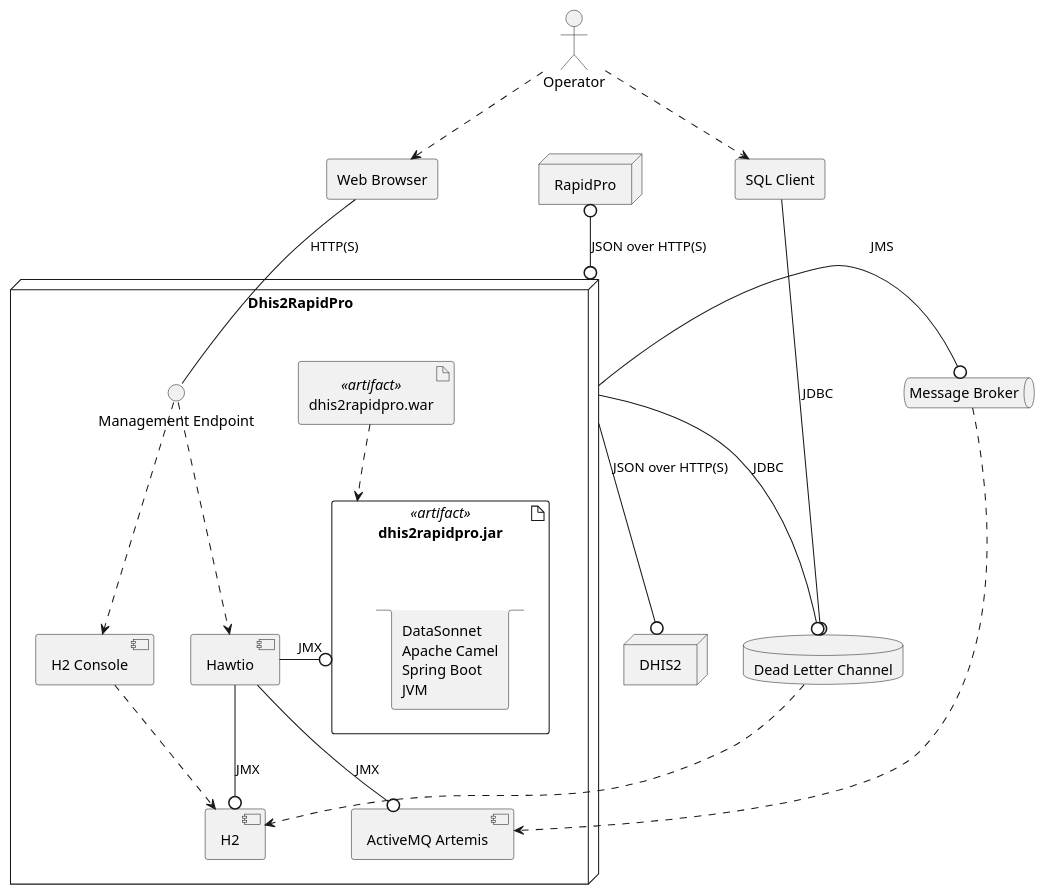
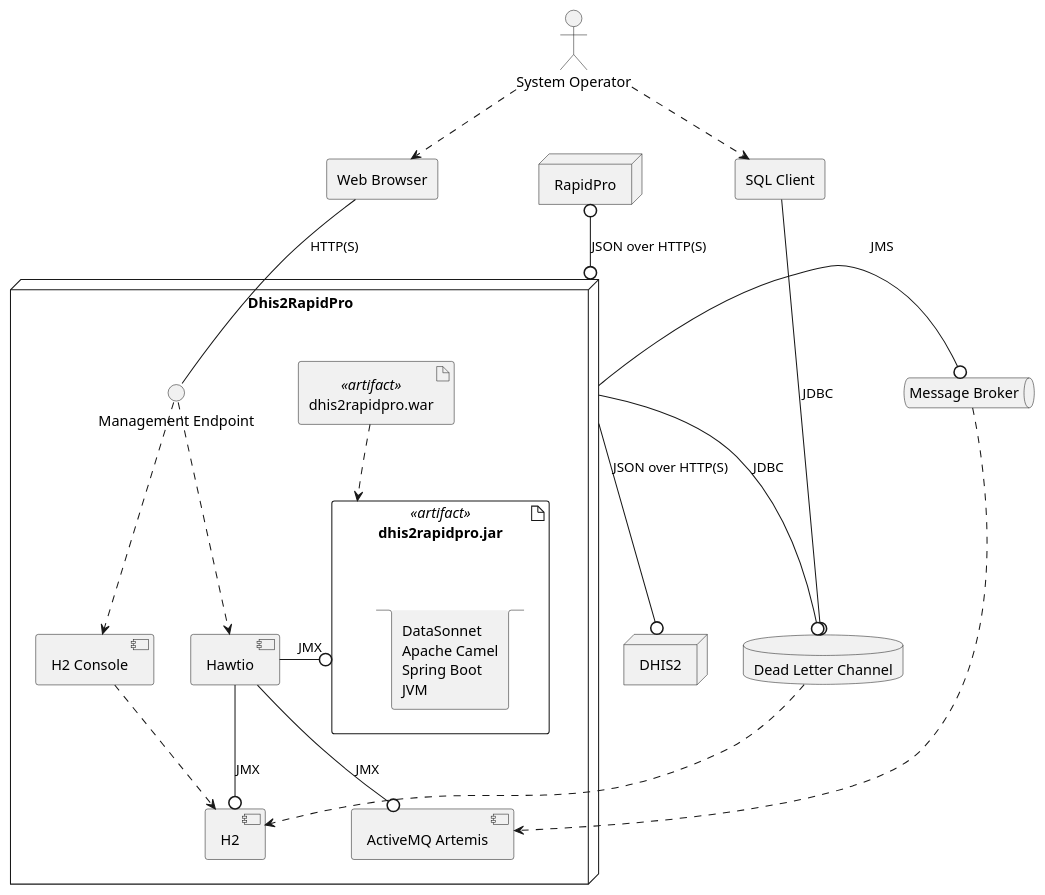
One commit to dhis2/integration-dhis-rapidpro changed the diagram in design/plantuml/deploy.puml. Above: the diagram before and after it, drawn with PlantUML.

Commit message:
docs: minor edit

```diff
--- a/design/plantuml/deploy.puml
+++ b/design/plantuml/deploy.puml
@@ -1,42 +1,42 @@
 @startuml
-actor Operator
+actor "System Operator" as Operator
 agent "Web Browser" as Browser
 agent "SQL Client" as SqlClient
 database "Dead Letter Channel" as DLQ
 queue "Message Broker" as Broker
 node DHIS2
 node RapidPro
 node Dhis2RapidPro {
     artifact dhis2rapidpro.jar <<artifact>> {
       stack stack [
       DataSonnet
       Apache Camel
       Spring Boot
       JVM]
     }
     artifact dhis2rapidpro.war <<artifact>>
     dhis2rapidpro.war ..> dhis2rapidpro.jar
     interface "Management Endpoint" as Management
     component Hawtio
     component "H2 Console" as H2Console
     component H2
     component "ActiveMQ Artemis" as ActiveMqArtemis
     Management ..> H2Console
     Management ..> Hawtio
     H2Console ..> H2
     Hawtio --0 ActiveMqArtemis: JMX
     Hawtio --0 H2: JMX
     Hawtio -ri-0 dhis2rapidpro.jar: JMX
 }
 
 Operator ..> Browser
 Browser -- Management: HTTP(S)
 Operator ..> SqlClient
 SqlClient --0 DLQ: JDBC
 Broker ..> ActiveMqArtemis
 Broker 0-ri- Dhis2RapidPro: JMS
 Dhis2RapidPro --0 DLQ: JDBC
 DLQ ..> H2
 RapidPro 0--0 Dhis2RapidPro: JSON over HTTP(S)
 Dhis2RapidPro --0 DHIS2: JSON over HTTP(S)
 @enduml
```
